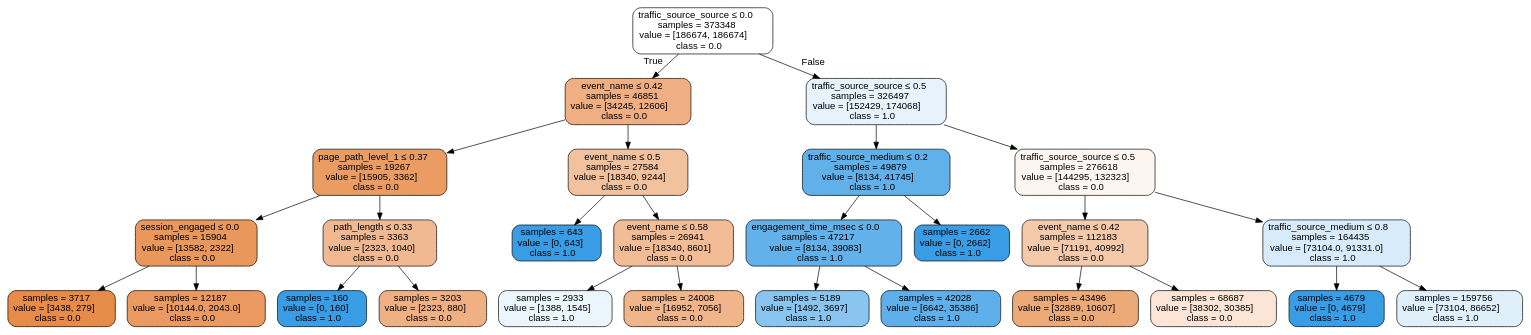
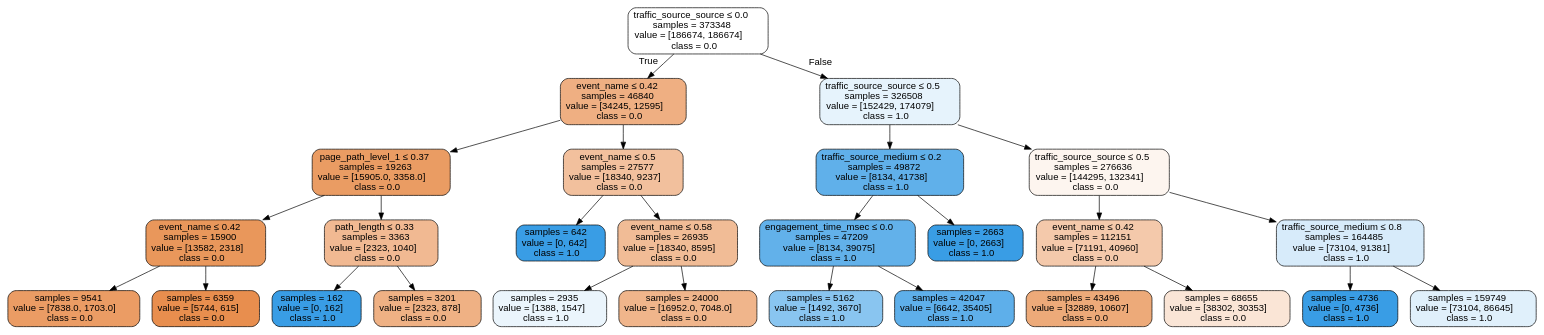
Before and after one commit to jvanalytics/ist_dash_2024_rec: the diagram in notebooks/google_merch_store/images/df_merch_final_dt_f2_best_tree.dot, drawn with Graphviz. The commit also changed 65 other files, not shown here.

```diff
--- a/notebooks/google_merch_store/images/df_merch_final_dt_f2_best_tree.dot
+++ b/notebooks/google_merch_store/images/df_merch_final_dt_f2_best_tree.dot
@@ -1,57 +1,57 @@
 digraph Tree {
 node [shape=box, style="filled, rounded", color="black", fontname="helvetica"] ;
 edge [fontname="helvetica"] ;
 0 [label=<traffic_source_source &le; 0.0<br/>samples = 373348<br/>value = [186674, 186674]<br/>class = 0.0>, fillcolor="#ffffff"] ;
-1 [label=<event_name &le; 0.42<br/>samples = 46851<br/>value = [34245, 12606]<br/>class = 0.0>, fillcolor="#efaf82"] ;
+1 [label=<event_name &le; 0.42<br/>samples = 46840<br/>value = [34245, 12595]<br/>class = 0.0>, fillcolor="#efaf82"] ;
 0 -> 1 [labeldistance=2.5, labelangle=45, headlabel="True"] ;
-2 [label=<page_path_level_1 &le; 0.37<br/>samples = 19267<br/>value = [15905, 3362]<br/>class = 0.0>, fillcolor="#ea9c63"] ;
+2 [label=<page_path_level_1 &le; 0.37<br/>samples = 19263<br/>value = [15905.0, 3358.0]<br/>class = 0.0>, fillcolor="#ea9c63"] ;
 1 -> 2 ;
-3 [label=<session_engaged &le; 0.0<br/>samples = 15904<br/>value = [13582, 2322]<br/>class = 0.0>, fillcolor="#e9975b"] ;
+3 [label=<event_name &le; 0.42<br/>samples = 15900<br/>value = [13582, 2318]<br/>class = 0.0>, fillcolor="#e9975b"] ;
 2 -> 3 ;
-4 [label=<samples = 3717<br/>value = [3438, 279]<br/>class = 0.0>, fillcolor="#e78b49"] ;
+4 [label=<samples = 9541<br/>value = [7838.0, 1703.0]<br/>class = 0.0>, fillcolor="#eb9c64"] ;
 3 -> 4 ;
-5 [label=<samples = 12187<br/>value = [10144.0, 2043.0]<br/>class = 0.0>, fillcolor="#ea9a61"] ;
+5 [label=<samples = 6359<br/>value = [5744, 615]<br/>class = 0.0>, fillcolor="#e88e4e"] ;
 3 -> 5 ;
 6 [label=<path_length &le; 0.33<br/>samples = 3363<br/>value = [2323, 1040]<br/>class = 0.0>, fillcolor="#f1b992"] ;
 2 -> 6 ;
-7 [label=<samples = 160<br/>value = [0, 160]<br/>class = 1.0>, fillcolor="#399de5"] ;
+7 [label=<samples = 162<br/>value = [0, 162]<br/>class = 1.0>, fillcolor="#399de5"] ;
 6 -> 7 ;
-8 [label=<samples = 3203<br/>value = [2323, 880]<br/>class = 0.0>, fillcolor="#efb184"] ;
+8 [label=<samples = 3201<br/>value = [2323, 878]<br/>class = 0.0>, fillcolor="#efb184"] ;
 6 -> 8 ;
-9 [label=<event_name &le; 0.5<br/>samples = 27584<br/>value = [18340, 9244]<br/>class = 0.0>, fillcolor="#f2c19d"] ;
+9 [label=<event_name &le; 0.5<br/>samples = 27577<br/>value = [18340, 9237]<br/>class = 0.0>, fillcolor="#f2c09d"] ;
 1 -> 9 ;
-10 [label=<samples = 643<br/>value = [0, 643]<br/>class = 1.0>, fillcolor="#399de5"] ;
+10 [label=<samples = 642<br/>value = [0, 642]<br/>class = 1.0>, fillcolor="#399de5"] ;
 9 -> 10 ;
-11 [label=<event_name &le; 0.58<br/>samples = 26941<br/>value = [18340, 8601]<br/>class = 0.0>, fillcolor="#f1bc96"] ;
+11 [label=<event_name &le; 0.58<br/>samples = 26935<br/>value = [18340, 8595]<br/>class = 0.0>, fillcolor="#f1bc96"] ;
 9 -> 11 ;
-12 [label=<samples = 2933<br/>value = [1388, 1545]<br/>class = 1.0>, fillcolor="#ebf5fc"] ;
+12 [label=<samples = 2935<br/>value = [1388, 1547]<br/>class = 1.0>, fillcolor="#ebf5fc"] ;
 11 -> 12 ;
-13 [label=<samples = 24008<br/>value = [16952, 7056]<br/>class = 0.0>, fillcolor="#f0b58b"] ;
+13 [label=<samples = 24000<br/>value = [16952.0, 7048.0]<br/>class = 0.0>, fillcolor="#f0b58b"] ;
 11 -> 13 ;
-14 [label=<traffic_source_source &le; 0.5<br/>samples = 326497<br/>value = [152429, 174068]<br/>class = 1.0>, fillcolor="#e6f3fc"] ;
+14 [label=<traffic_source_source &le; 0.5<br/>samples = 326508<br/>value = [152429, 174079]<br/>class = 1.0>, fillcolor="#e6f3fc"] ;
 0 -> 14 [labeldistance=2.5, labelangle=-45, headlabel="False"] ;
-15 [label=<traffic_source_medium &le; 0.2<br/>samples = 49879<br/>value = [8134, 41745]<br/>class = 1.0>, fillcolor="#60b0ea"] ;
+15 [label=<traffic_source_medium &le; 0.2<br/>samples = 49872<br/>value = [8134, 41738]<br/>class = 1.0>, fillcolor="#60b0ea"] ;
 14 -> 15 ;
-16 [label=<engagement_time_msec &le; 0.0<br/>samples = 47217<br/>value = [8134, 39083]<br/>class = 1.0>, fillcolor="#62b1ea"] ;
+16 [label=<engagement_time_msec &le; 0.0<br/>samples = 47209<br/>value = [8134, 39075]<br/>class = 1.0>, fillcolor="#62b1ea"] ;
 15 -> 16 ;
-17 [label=<samples = 5189<br/>value = [1492, 3697]<br/>class = 1.0>, fillcolor="#89c5ef"] ;
+17 [label=<samples = 5162<br/>value = [1492, 3670]<br/>class = 1.0>, fillcolor="#89c5f0"] ;
 16 -> 17 ;
-18 [label=<samples = 42028<br/>value = [6642, 35386]<br/>class = 1.0>, fillcolor="#5eafea"] ;
+18 [label=<samples = 42047<br/>value = [6642, 35405]<br/>class = 1.0>, fillcolor="#5eafea"] ;
 16 -> 18 ;
-19 [label=<samples = 2662<br/>value = [0, 2662]<br/>class = 1.0>, fillcolor="#399de5"] ;
+19 [label=<samples = 2663<br/>value = [0, 2663]<br/>class = 1.0>, fillcolor="#399de5"] ;
 15 -> 19 ;
-20 [label=<traffic_source_source &le; 0.5<br/>samples = 276618<br/>value = [144295, 132323]<br/>class = 0.0>, fillcolor="#fdf5ef"] ;
+20 [label=<traffic_source_source &le; 0.5<br/>samples = 276636<br/>value = [144295, 132341]<br/>class = 0.0>, fillcolor="#fdf5ef"] ;
 14 -> 20 ;
-21 [label=<event_name &le; 0.42<br/>samples = 112183<br/>value = [71191, 40992]<br/>class = 0.0>, fillcolor="#f4caab"] ;
+21 [label=<event_name &le; 0.42<br/>samples = 112151<br/>value = [71191, 40960]<br/>class = 0.0>, fillcolor="#f4c9ab"] ;
 20 -> 21 ;
 22 [label=<samples = 43496<br/>value = [32889, 10607]<br/>class = 0.0>, fillcolor="#edaa79"] ;
 21 -> 22 ;
-23 [label=<samples = 68687<br/>value = [38302, 30385]<br/>class = 0.0>, fillcolor="#fae5d6"] ;
+23 [label=<samples = 68655<br/>value = [38302, 30353]<br/>class = 0.0>, fillcolor="#fae5d6"] ;
 21 -> 23 ;
-24 [label=<traffic_source_medium &le; 0.8<br/>samples = 164435<br/>value = [73104.0, 91331.0]<br/>class = 1.0>, fillcolor="#d7ebfa"] ;
+24 [label=<traffic_source_medium &le; 0.8<br/>samples = 164485<br/>value = [73104, 91381]<br/>class = 1.0>, fillcolor="#d7ebfa"] ;
 20 -> 24 ;
-25 [label=<samples = 4679<br/>value = [0, 4679]<br/>class = 1.0>, fillcolor="#399de5"] ;
+25 [label=<samples = 4736<br/>value = [0, 4736]<br/>class = 1.0>, fillcolor="#399de5"] ;
 24 -> 25 ;
-26 [label=<samples = 159756<br/>value = [73104, 86652]<br/>class = 1.0>, fillcolor="#e0f0fb"] ;
+26 [label=<samples = 159749<br/>value = [73104, 86645]<br/>class = 1.0>, fillcolor="#e0f0fb"] ;
 24 -> 26 ;
 }
```
